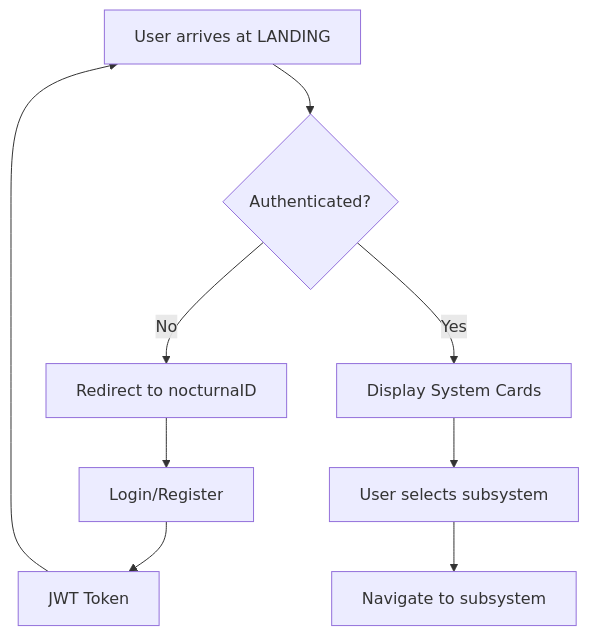
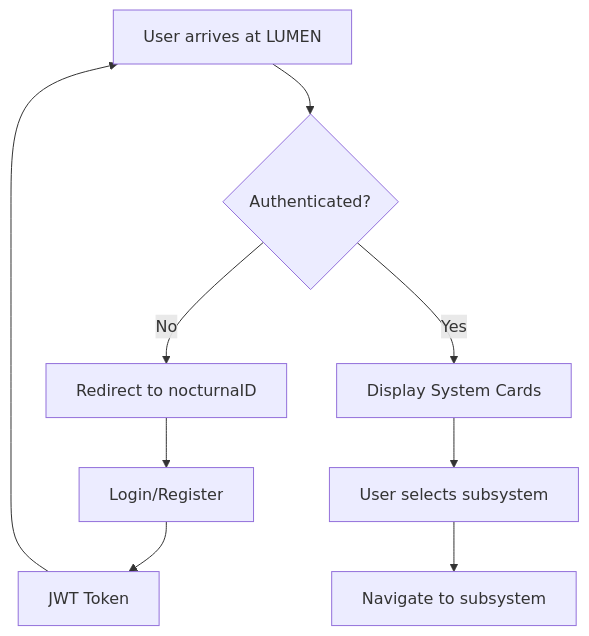
One commit to PxG-Studio/LUMINES changed the diagram in src/stories/WIS2L Framework/Landing/Documentation/Landing.mdx. Above: the diagram before and after it, drawn with Mermaid. The commit also changed other lines of this file and 47 other files, not shown here.

````diff
--- a/src/stories/WIS2L Framework/Landing/Documentation/Landing.mdx
+++ b/src/stories/WIS2L Framework/Landing/Documentation/Landing.mdx
@@ -177,11 +177,11 @@
 ```mermaid
 graph TD
-  A[User arrives at LANDING] --> B{Authenticated?}
+  A[User arrives at LUMEN] --> B{Authenticated?}
   B -->|No| C[Redirect to nocturnaID]
   C --> D[Login/Register]
   D --> E[JWT Token]
   E --> A
   B -->|Yes| F[Display System Cards]
   F --> G[User selects subsystem]
   G --> H[Navigate to subsystem]
 ```
````
